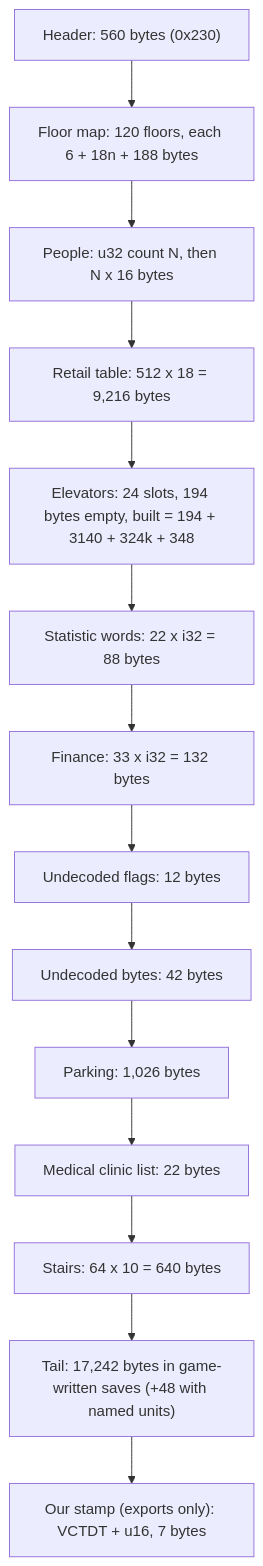
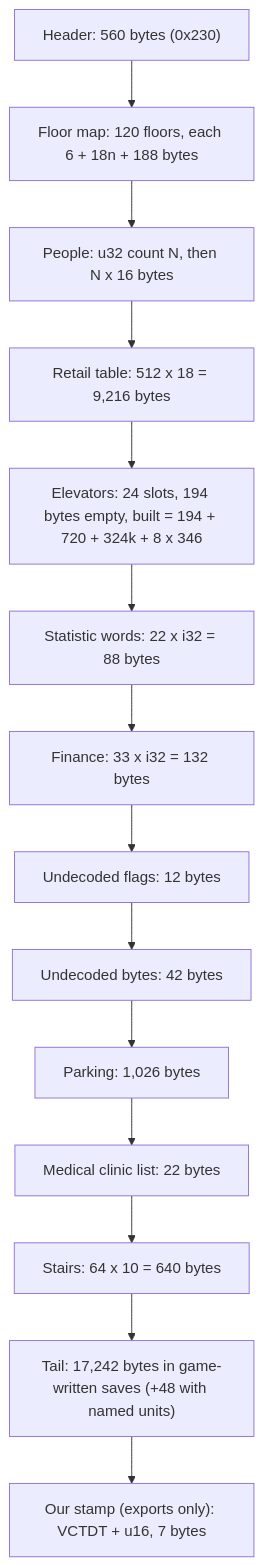
The diagram in docs/tdt/tdt-format.md (Verticopolis/engine), drawn with Mermaid before and after one commit. The commit also changed other lines of this file and 1 other file, not shown here.

````diff
--- a/docs/tdt/tdt-format.md
+++ b/docs/tdt/tdt-format.md
@@ -44,16 +46,16 @@
 ```mermaid
 flowchart TB
     H["Header: 560 bytes (0x230)"] --> F["Floor map: 120 floors, each 6 + 18n + 188 bytes"]
     F --> P["People: u32 count N, then N x 16 bytes"]
     P --> R["Retail table: 512 x 18 = 9,216 bytes"]
-    R --> E["Elevators: 24 slots, 194 bytes empty, built = 194 + 3140 + 324k + 348"]
+    R --> E["Elevators: 24 slots, 194 bytes empty, built = 194 + 720 + 324k + 8 x 346"]
     E --> ST["Statistic words: 22 x i32 = 88 bytes"]
     ST --> FIN["Finance: 33 x i32 = 132 bytes"]
     FIN --> UF["Undecoded flags: 12 bytes"]
     UF --> UB["Undecoded bytes: 42 bytes"]
     UB --> PK["Parking: 1,026 bytes"]
     PK --> CL["Medical clinic list: 22 bytes"]
     CL --> S["Stairs: 64 x 10 = 640 bytes"]
     S --> T["Tail: 17,242 bytes in game-written saves (+48 with named units)"]
     T --> V["Our stamp (exports only): VCTDT + u16, 7 bytes"]
 ```
````
